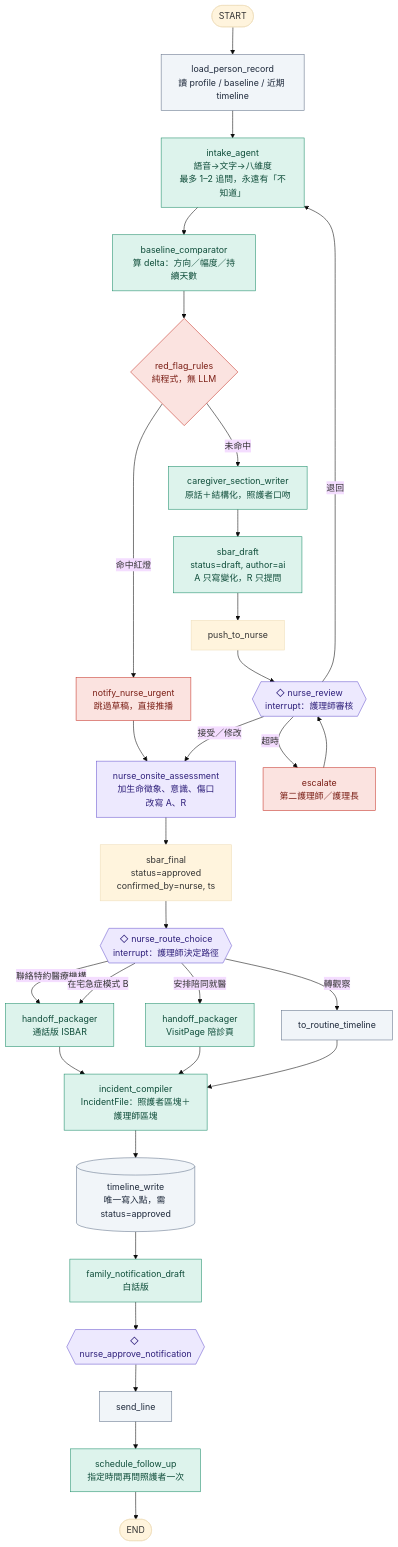
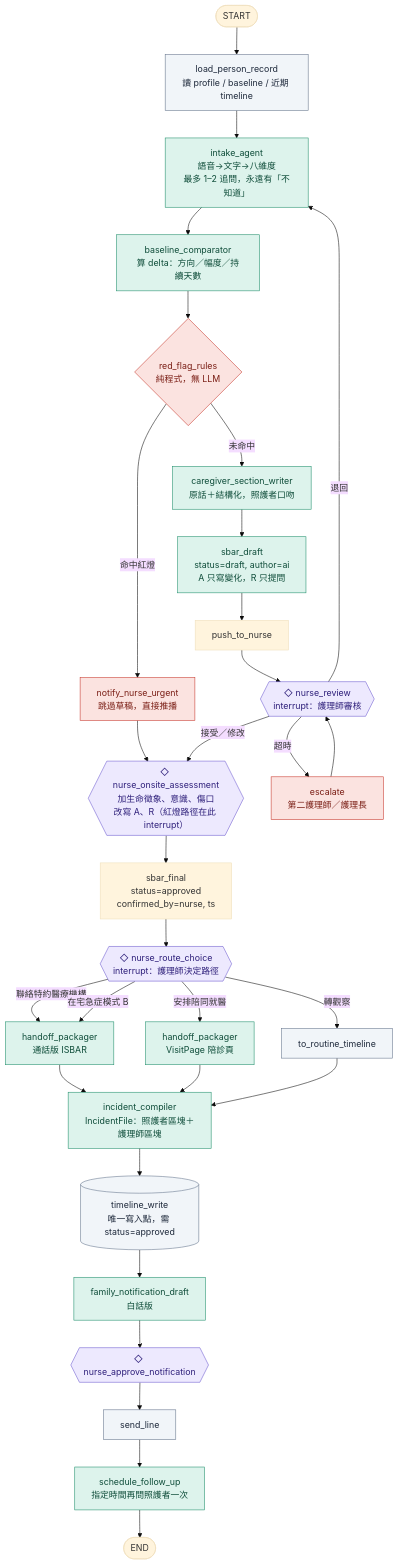
Before and after one commit to chrisyang-c/record-follows-person: the diagram in docs/langgraph_path_a_incident.mermaid, drawn with Mermaid (base theme). The commit also changed 32 other files, not shown here.

```diff
--- a/docs/langgraph_path_a_incident.mermaid
+++ b/docs/langgraph_path_a_incident.mermaid
@@ -1,42 +1,42 @@
 %% Path A：急症（需看醫師，不到 119）
 %% 實線＝主流程，虛線＝條件分支，◇＝interrupt（人決定）
 flowchart TD
     START([START]) --> load[load_person_record<br/>讀 profile / baseline / 近期 timeline]
     load --> intake[intake_agent<br/>語音→文字→八維度<br/>最多 1–2 追問，永遠有「不知道」]
     intake --> cmp[baseline_comparator<br/>算 delta：方向／幅度／持續天數]
     cmp --> rf{red_flag_rules<br/>純程式，無 LLM}
     rf -- 命中紅燈 --> alert[notify_nurse_urgent<br/>跳過草稿，直接推播]
     alert --> onsite
     rf -- 未命中 --> cg[caregiver_section_writer<br/>原話＋結構化，照護者口吻]
     cg --> draft[sbar_draft<br/>status=draft, author=ai<br/>A 只寫變化，R 只提問]
     draft --> push[push_to_nurse]
     push --> review{{"◇ nurse_review<br/>interrupt：護理師審核"}}
     review -- 超時 --> esc[escalate<br/>第二護理師／護理長]
     esc --> review
     review -- 退回 --> intake
-    review -- 接受／修改 --> onsite[nurse_onsite_assessment<br/>加生命徵象、意識、傷口<br/>改寫 A、R]
+    review -- 接受／修改 --> onsite{{"◇ nurse_onsite_assessment<br/>加生命徵象、意識、傷口<br/>改寫 A、R（紅燈路徑在此 interrupt）"}}
     onsite --> final[sbar_final<br/>status=approved<br/>confirmed_by=nurse, ts]
     final --> route{{"◇ nurse_route_choice<br/>interrupt：護理師決定路徑"}}
     route -- 聯絡特約醫療機構 --> pack1[handoff_packager<br/>通話版 ISBAR]
     route -- 在宅急症模式 B --> pack1
     route -- 安排陪同就醫 --> pack2[handoff_packager<br/>VisitPage 陪診頁]
     route -- 轉觀察 --> obs[to_routine_timeline]
     pack1 --> inc
     pack2 --> inc
     obs --> inc
     inc[incident_compiler<br/>IncidentFile：照護者區塊＋護理師區塊]
     inc --> tl[(timeline_write<br/>唯一寫入點，需 status=approved)]
     tl --> fam[family_notification_draft<br/>白話版]
     fam --> famok{{"◇ nurse_approve_notification"}}
     famok --> send[send_line]
     send --> fu[schedule_follow_up<br/>指定時間再問照護者一次]
     fu --> END([END])
 
     classDef human fill:#EDE9FE,stroke:#6D5BD0,color:#2E1F7A
     classDef ai fill:#DDF3EC,stroke:#1F8F6B,color:#0F4D3A
     classDef red fill:#FBE3E0,stroke:#C7362B,color:#7A1E15
     classDef db fill:#F1F5F9,stroke:#64748B,color:#1E293B
     class review,route,famok,onsite human
     class intake,cmp,cg,draft,pack1,pack2,inc,fam,fu ai
     class rf,alert,esc red
     class load,tl,obs,send db
```
